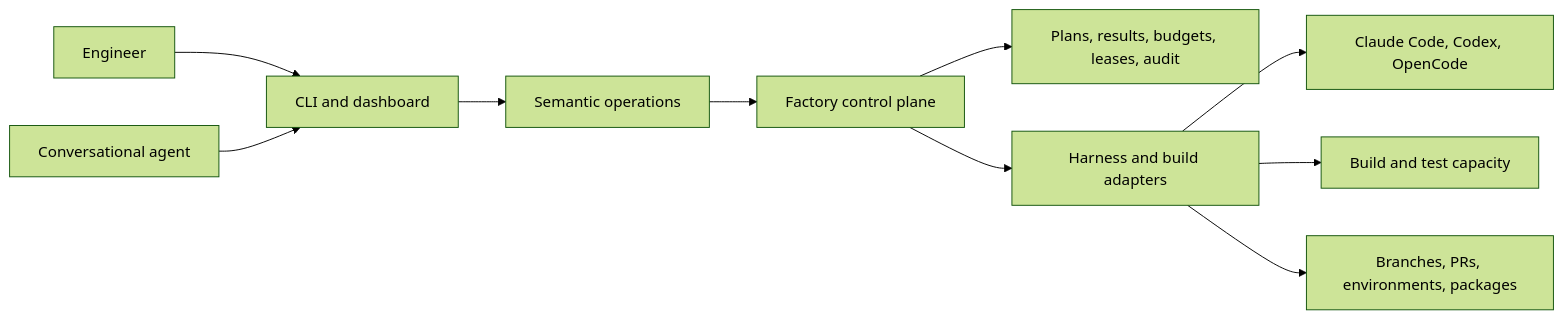
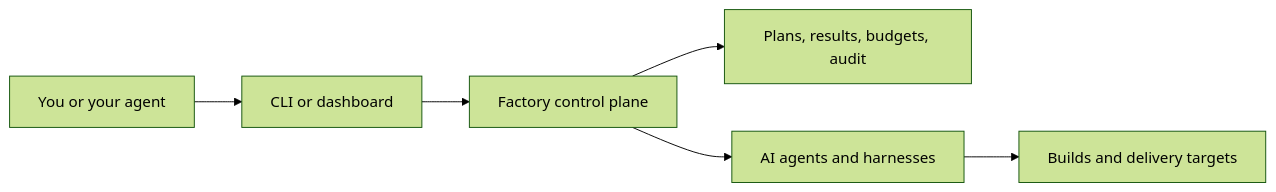
Before and after one commit to piton-lang/factory: the diagram in docs/src/content/docs/index.md, drawn with Mermaid (forest theme). The commit also changed other lines of this file and 37 other files, not shown here.

````diff
--- a/docs/src/content/docs/index.md
+++ b/docs/src/content/docs/index.md
@@ -20,12 +22,8 @@
 ```mermaid
 flowchart LR
-    Engineer["Engineer"] --> Surface["CLI and dashboard"]
-    Agent["Conversational agent"] --> Surface
-    Surface --> Operations["Semantic operations"]
-    Operations --> Core["Factory control plane"]
-    Core --> Store["Plans, results, budgets, leases, audit"]
-    Core --> Adapters["Harness and build adapters"]
-    Adapters --> Harness["Claude Code, Codex, OpenCode"]
-    Adapters --> Build["Build and test capacity"]
-    Adapters --> Delivery["Branches, PRs, environments, packages"]
+    You["You or your agent"] --> Surface["CLI or dashboard"]
+    Surface --> Factory["Factory control plane"]
+    Factory --> Store["Plans, results, budgets, audit"]
+    Factory --> Agents["AI agents and harnesses"]
+    Agents --> Target["Builds and delivery targets"]
 ```
````
